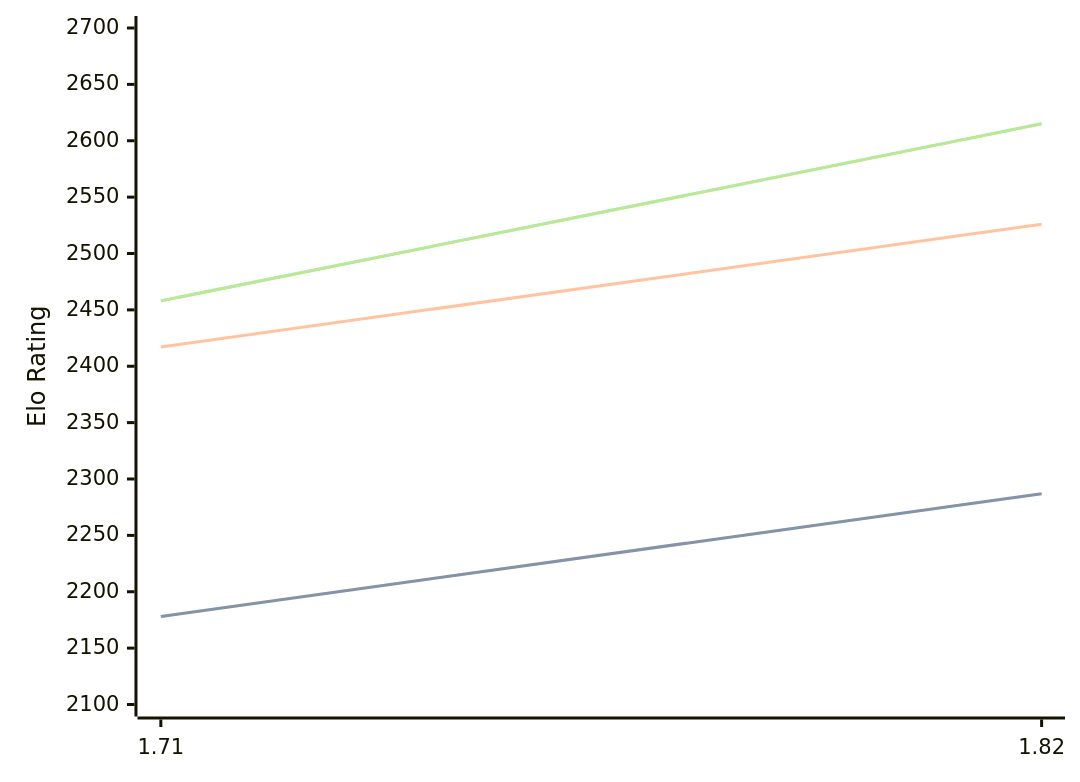
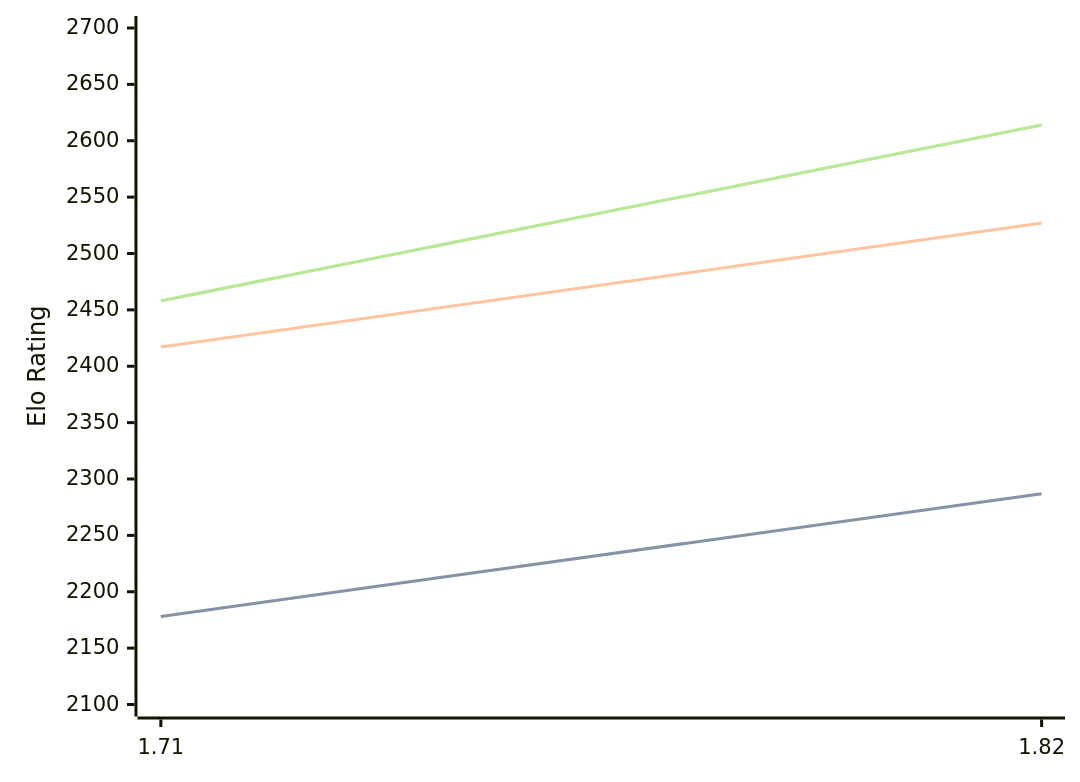
Before and after one commit to computer-chess-index/cci: the diagram in engines/Amira.md, drawn with Mermaid. The commit also changed other lines of this file, not shown here.

Commit message:
Update CCI Ratings (ELO VLTC) - 2026-08-17

````diff
--- a/engines/Amira.md
+++ b/engines/Amira.md
@@ -32,11 +32,11 @@
 ```mermaid
 %%{init: {"theme":"base","themeVariables":{"seriesColors:['#a3a3a3','#222221','#faa371']}}}%%
 xychart-beta
   x-axis ["1.71", "1.82"]
   y-axis "Elo Rating" 2100 --> 2700
   line "STC (8.0+0.08s)" [2178, 2287]
   line "STC (8.0+0.08s)" [2178, 2287]
-  line "LTC (60.0+0.60s)" [2417, 2526]
-  line "VLTC (2m24s+1.12s)" [2458, 2615]
-  line "VLTC (2m24s+1.12s)" [2458, 2615]
+  line "LTC (60.0+0.60s)" [2417, 2527]
+  line "VLTC (2m24s+1.12s)" [2458, 2614]
+  line "VLTC (2m24s+1.12s)" [2458, 2614]
 ```
````
